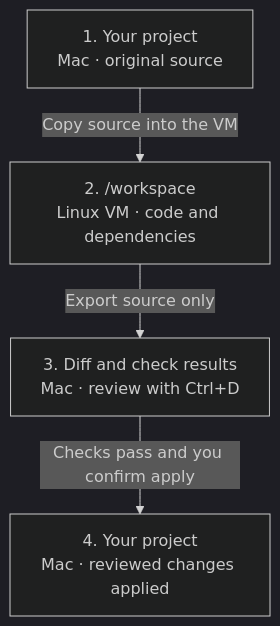
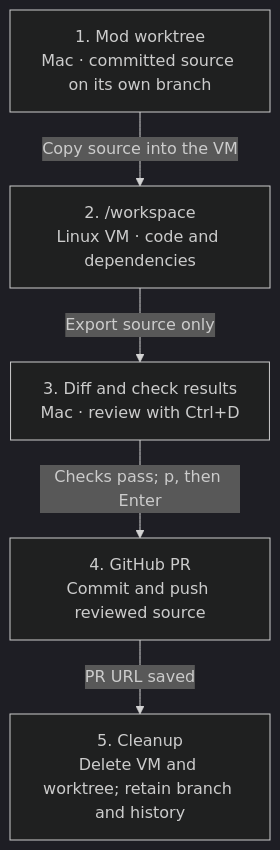
One commit to minimumeffort-dev/sprowt.harness changed the second of 4 diagrams in docs/sandbox.md. Above: the diagram before and after it, drawn with Mermaid (dark theme). The commit also changed other lines of this file and 14 other files, not shown here.

Commit message:
Give Git code mods worktrees and publish reviewed changes as PRs

````diff
--- a/docs/sandbox.md
+++ b/docs/sandbox.md
@@ -32,10 +32,12 @@
 ```mermaid
 flowchart TB
-    source["1. Your project<br/>Mac · original source"]
+    source["1. Mod worktree<br/>Mac · committed source on its own branch"]
     workspace["2. /workspace<br/>Linux VM · code and dependencies"]
     review["3. Diff and check results<br/>Mac · review with Ctrl+D"]
-    applied["4. Your project<br/>Mac · reviewed changes applied"]
+    published["4. GitHub PR<br/>Commit and push reviewed source"]
+    cleaned["5. Cleanup<br/>Delete VM and worktree; retain branch and history"]
     source -->|"Copy source into the VM"| workspace
     workspace -->|"Export source only"| review
-    review -->|"Checks pass and you confirm apply"| applied
+    review -->|"Checks pass; p, then Enter"| published
+    published -->|"PR URL saved"| cleaned
 ```
````
